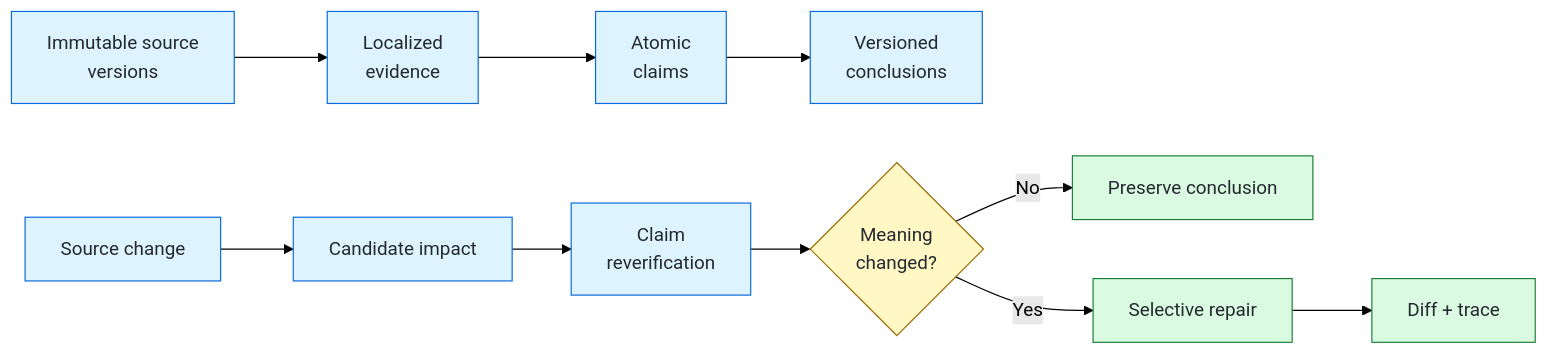
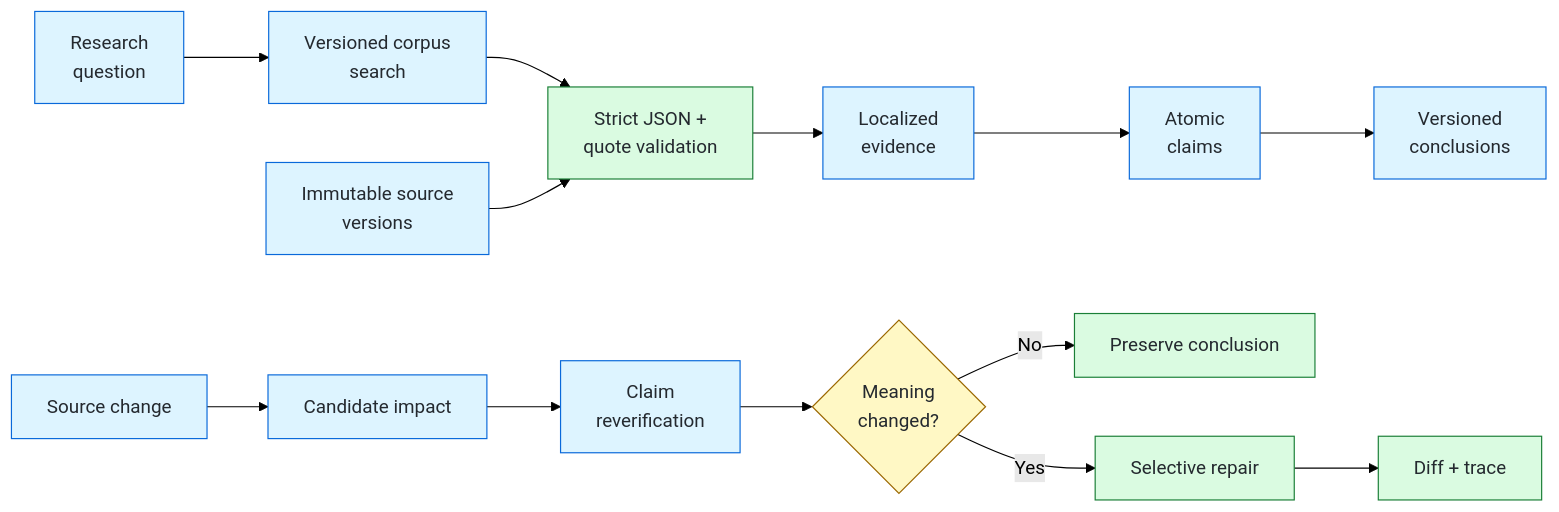
Before and after one commit to Peter-Sherlock/Veritas: the diagram in README.md, drawn with Mermaid (forest theme). The commit also changed other lines of this file and 13 other files, not shown here.

````diff
--- a/README.md
+++ b/README.md
@@ -117,19 +129,23 @@
 ```mermaid
 flowchart LR
-    A["Immutable source<br/>versions"] --> B["Localized<br/>evidence"]
+    Q["Research<br/>question"] --> S["Versioned corpus<br/>search"]
+    S --> X["Strict JSON +<br/>quote validation"]
+    A["Immutable source<br/>versions"] --> X
+    X --> B["Localized<br/>evidence"]
     B --> C["Atomic<br/>claims"]
     C --> D["Versioned<br/>conclusions"]
     E["Source change"] --> F["Candidate impact"]
     F --> G["Claim<br/>reverification"]
     G --> H{"Meaning<br/>changed?"}
     H -- No --> I["Preserve conclusion"]
     H -- Yes --> J["Selective repair"]
     J --> K["Diff + trace"]
 
     classDef data fill:#ddf4ff,stroke:#0969da,color:#24292f;
     classDef choice fill:#fff8c5,stroke:#9a6700,color:#24292f;
     classDef result fill:#dafbe1,stroke:#1a7f37,color:#24292f;
-    class A,B,C,D,E,F,G data;
+    class Q,S,A,B,C,D,E,F,G data;
+    class X result;
     class H choice;
     class I,J,K result;
 ```
````
